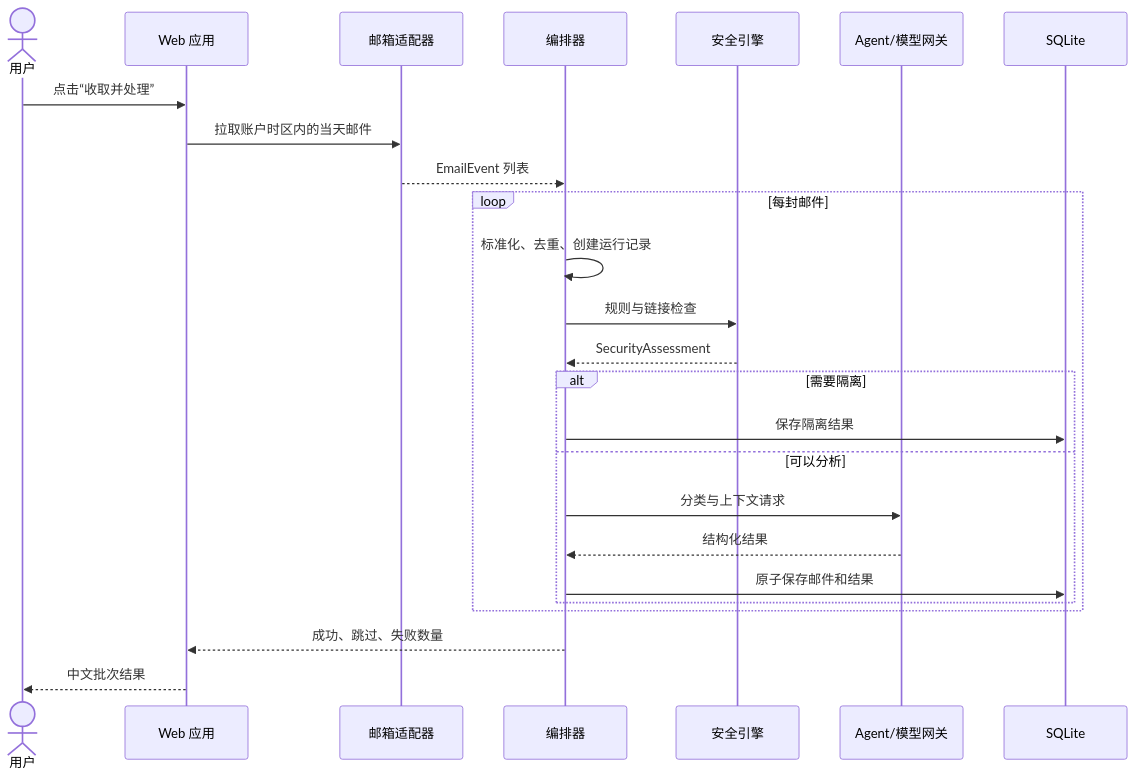
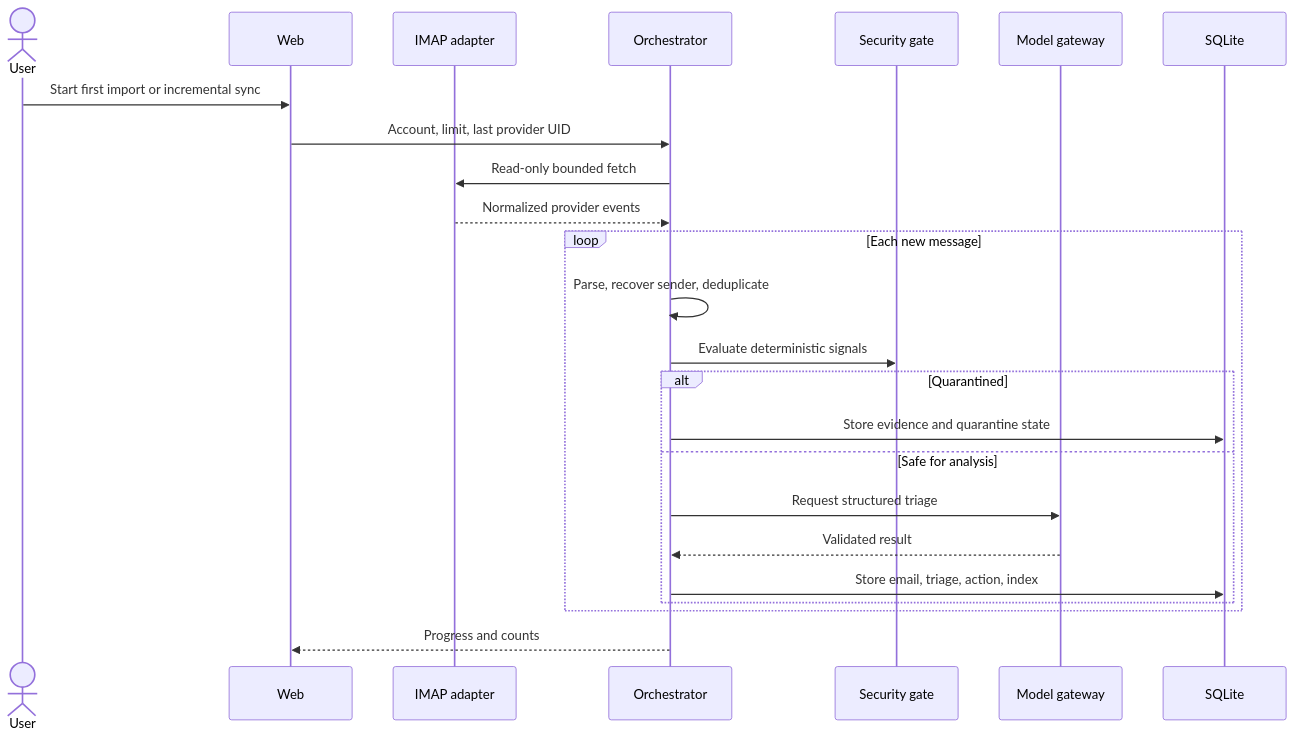
Before and after one commit to 513-wys/email-agent-workflow: the second of 2 diagrams in ARCHITECTURE.md, drawn with Mermaid. The commit also changed other lines of this file and 19 other files, not shown here.

````diff
--- a/ARCHITECTURE.md
+++ b/ARCHITECTURE.md
@@ -78,27 +62,26 @@
 ```mermaid
 sequenceDiagram
-    actor User as 用户
-    participant Web as Web 应用
-    participant Mail as 邮箱适配器
-    participant Flow as 编排器
-    participant Guard as 安全引擎
-    participant AI as Agent/模型网关
+    actor User
+    participant Web
+    participant Mail as IMAP adapter
+    participant Flow as Orchestrator
+    participant Guard as Security gate
+    participant AI as Model gateway
     participant DB as SQLite
-    User->>Web: 点击“收取并处理”
-    Web->>Mail: 拉取账户时区内的当天邮件
-    Mail-->>Flow: EmailEvent 列表
-    loop 每封邮件
-        Flow->>Flow: 标准化、去重、创建运行记录
-        Flow->>Guard: 规则与链接检查
-        Guard-->>Flow: SecurityAssessment
-        alt 需要隔离
-            Flow->>DB: 保存隔离结果
-        else 可以分析
-            Flow->>AI: 分类与上下文请求
-            AI-->>Flow: 结构化结果
-            Flow->>DB: 原子保存邮件和结果
+    User->>Web: Start first import or incremental sync
+    Web->>Flow: Account, limit, last provider UID
+    Flow->>Mail: Read-only bounded fetch
+    Mail-->>Flow: Normalized provider events
+    loop Each new message
+        Flow->>Flow: Parse, recover sender, deduplicate
+        Flow->>Guard: Evaluate deterministic signals
+        alt Quarantined
+            Flow->>DB: Store evidence and quarantine state
+        else Safe for analysis
+            Flow->>AI: Request structured triage
+            AI-->>Flow: Validated result
+            Flow->>DB: Store email, triage, action, index
         end
     end
-    Flow-->>Web: 成功、跳过、失败数量
-    Web-->>User: 中文批次结果
+    Flow-->>Web: Progress and counts
 ```
````
